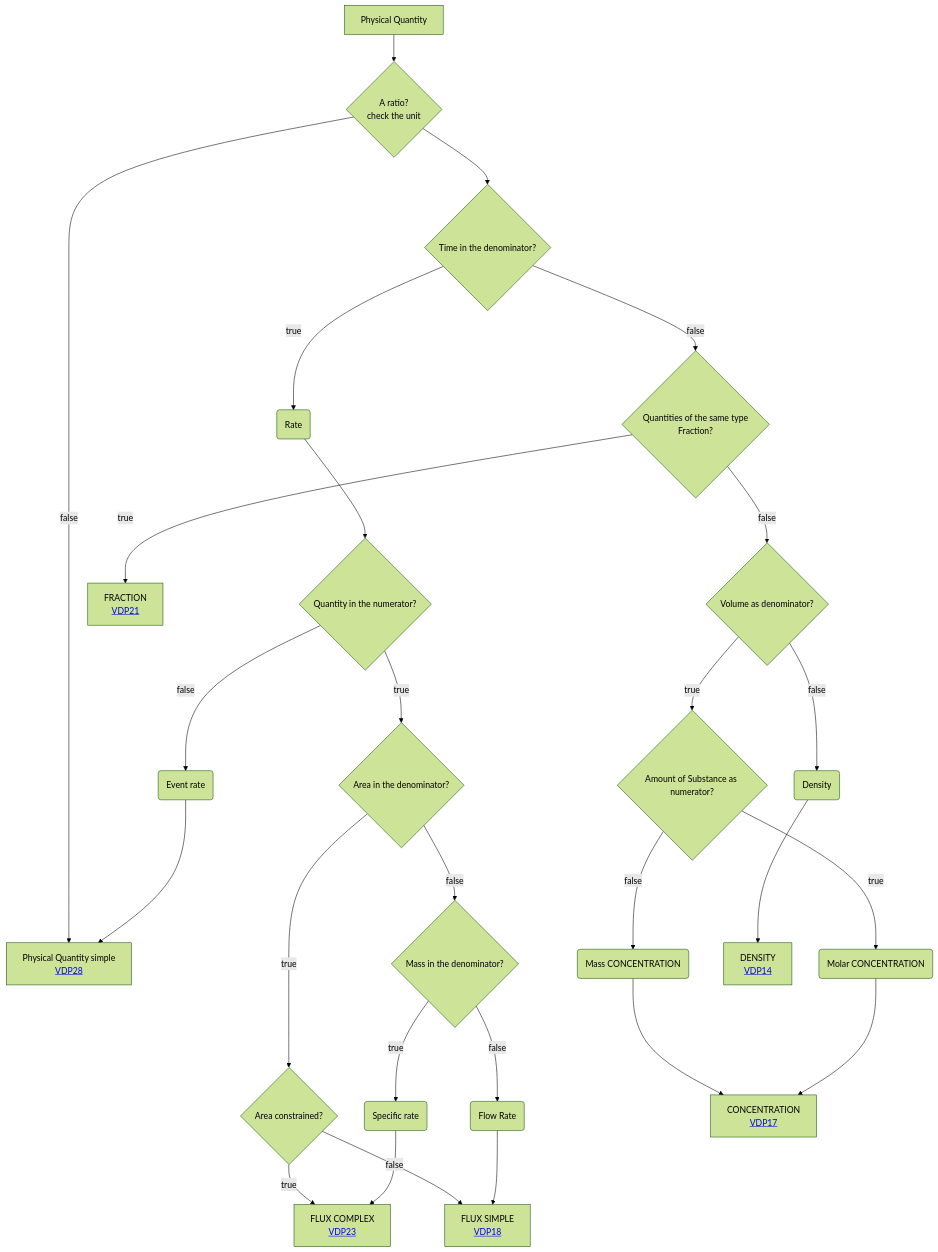
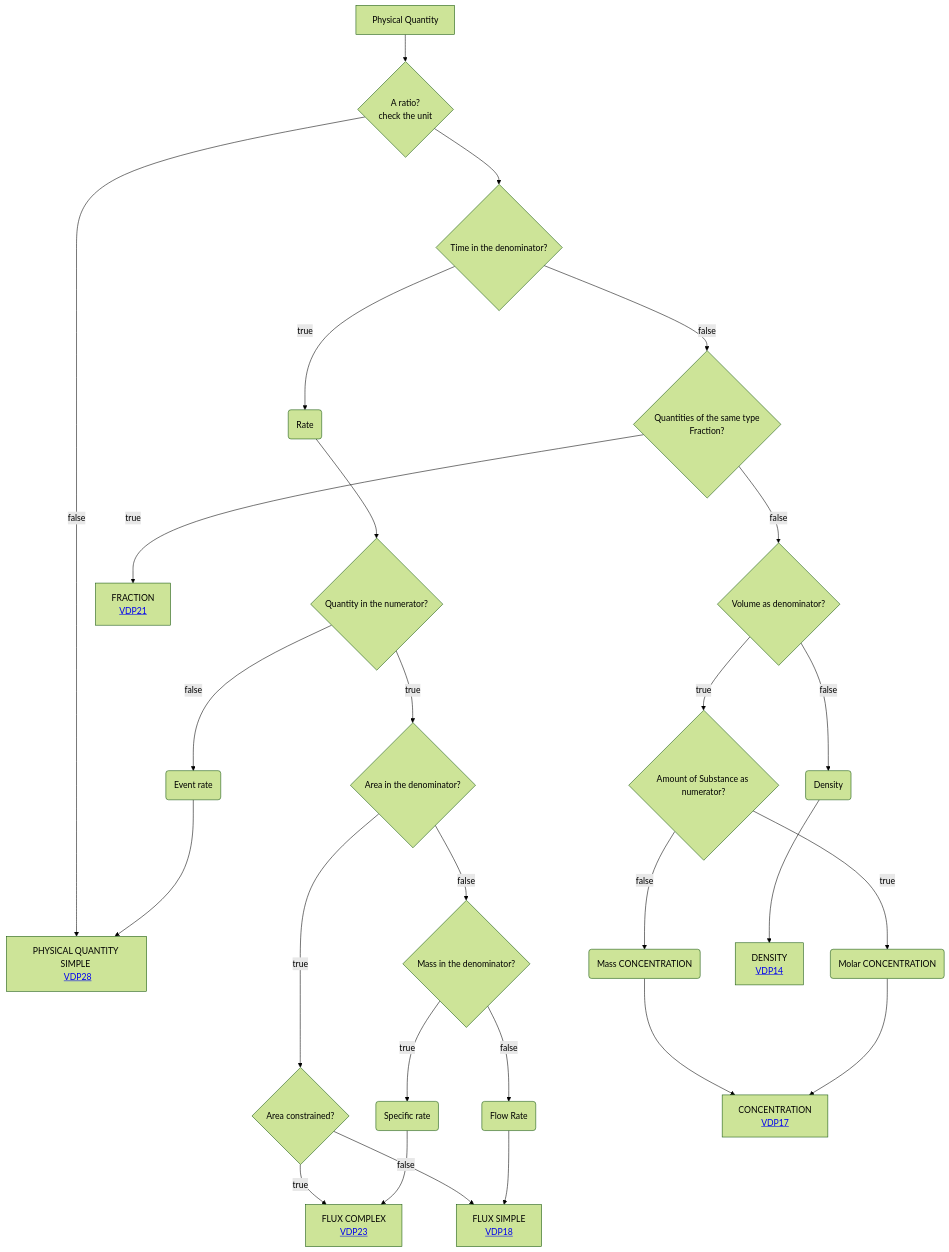
One commit to mabablue/I-ADOPT-patterns-playground changed the diagram in Decisition_trees/DT2.mmd. Above: the diagram before and after it, drawn with Mermaid (forest theme).

Commit message:
Update label for physical quantity in flowchart

```diff
--- a/Decisition_trees/DT2.mmd
+++ b/Decisition_trees/DT2.mmd
@@ -1,27 +1,27 @@
 flowchart TD
     A[Physical Quantity] --> B{A ratio?<br>check the unit}
     B --> C{Time in the denominator?} 
-    B --> |false|I[Physical Quantity simple <br> <a href='https://github.com/mabablue/I-ADOPT-patterns-playground/blob/main/pattern/VDP28.yaml'>VDP28</a>]
+    B --> |false|I[PHYSICAL QUANTITY SIMPLE <br> <a href='https://github.com/mabablue/I-ADOPT-patterns-playground/blob/main/pattern/VDP28.yaml'>VDP28</a>]
     C --> |true|MN(Rate) 
     MN --> N{Quantity in the numerator?}
     C --> |false|D{Quantities of the same type <br> Fraction?}
     E --> |true|F{Area constrained?}
     E --> |false|K{Mass in the denominator?} 
     F --> |true|G[FLUX COMPLEX <br> <a href='https://github.com/mabablue/I-ADOPT-patterns-playground/blob/main/pattern/VDP23.yaml'>VDP23</a>]
     F --> |false|H[FLUX SIMPLE <br> <a href='https://github.com/mabablue/I-ADOPT-patterns-playground/blob/main/pattern/VDP18.yaml'>VDP18</a>]
     K --> |true|L(Specific rate)
     L --> G
     K --> |false|M(Flow Rate)
     M --> H
     N --> |true|E{Area in the denominator?}
     N --> |false|O(Event rate)
     O --> I
     D --> |true|J[FRACTION <br> <a href='https://github.com/mabablue/I-ADOPT-patterns-playground/blob/main/pattern/VDP21.yaml'>VDP21</a>]
     D --> |false|P{Volume as denominator?}
     P --> |true|Q{Amount of Substance as numerator?}
     Q --> |true|R(Molar CONCENTRATION)
     Q --> |false|S(Mass CONCENTRATION)
     P --> |false|U(Density)
     S --> T[CONCENTRATION <br> <a href='https://github.com/mabablue/I-ADOPT-patterns-playground/blob/main/pattern/VDP17.yaml'>VDP17</a>]
     R --> T
     U --> V[DENSITY <br> <a href='https://github.com/mabablue/I-ADOPT-patterns-playground/blob/main/pattern/VDP14.yaml'>VDP14</a>]
```
